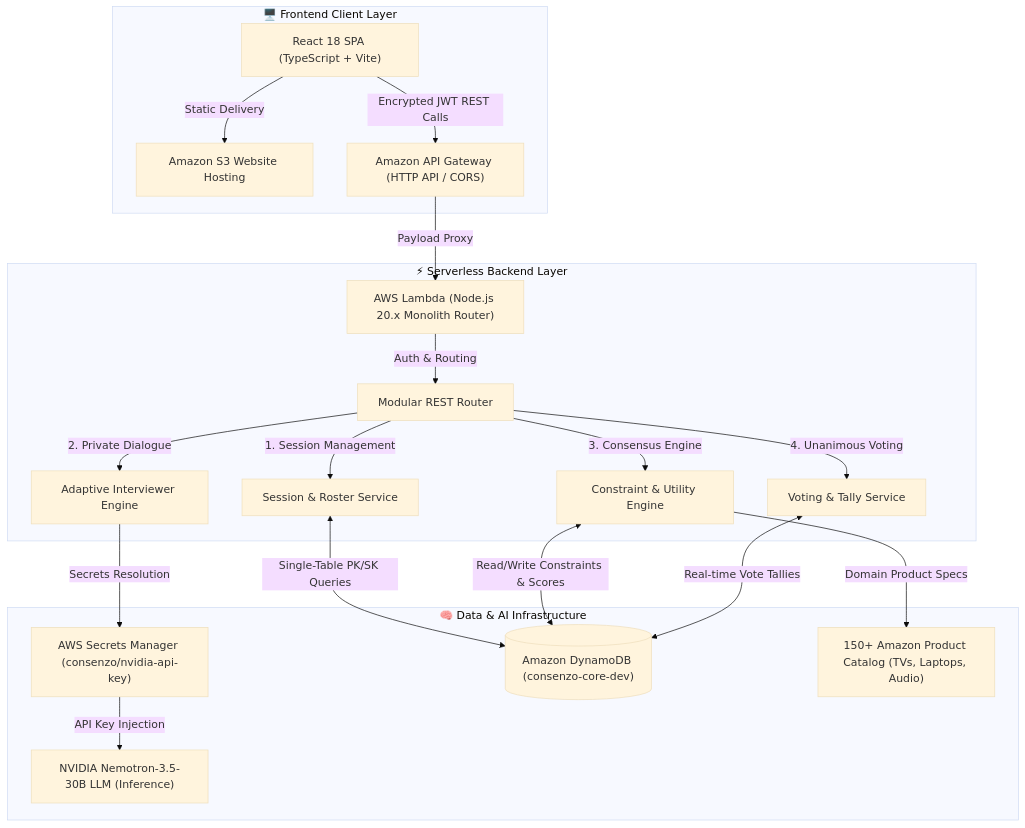
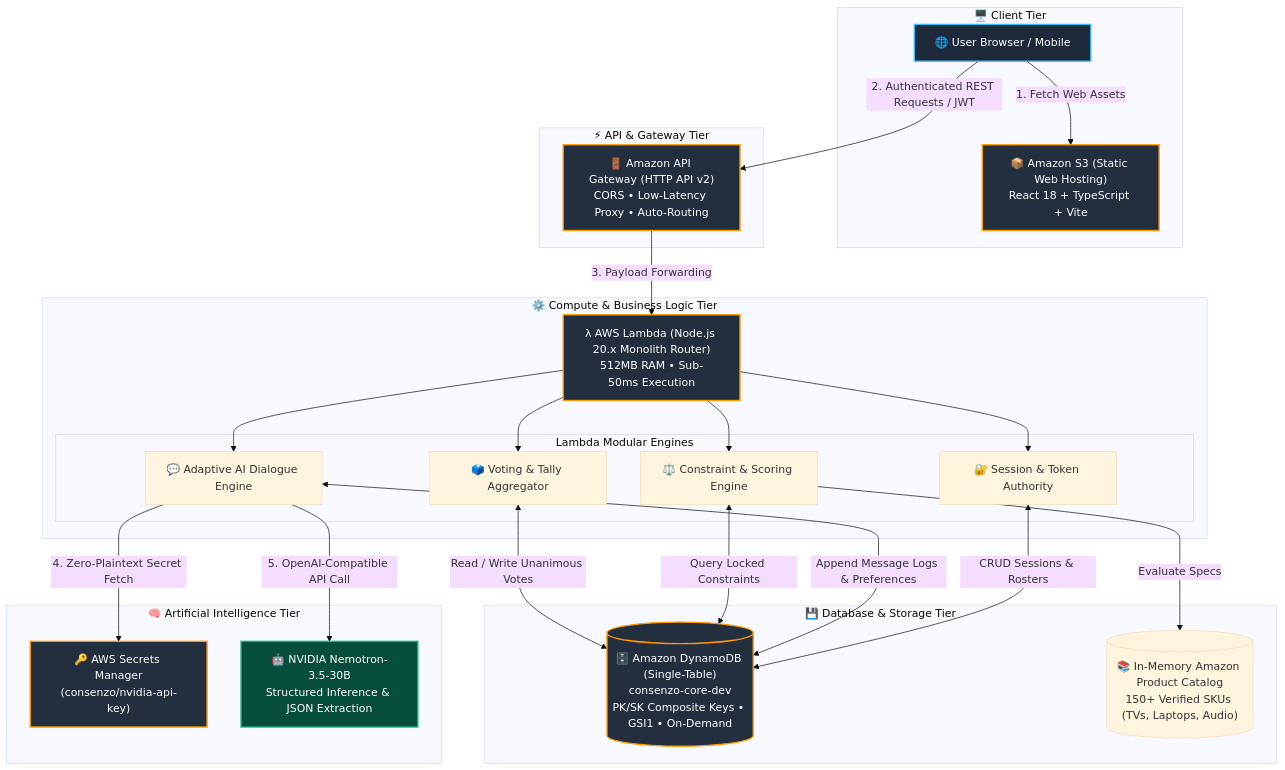
Before and after one commit to YuvanChaudary/Consenzo: the first of 2 diagrams in README.md, drawn with Mermaid (base theme). The commit also changed other lines of this file and 5 other files, not shown here.

Commit message:
docs: overhaul README with AWS serverless architecture diagrams and mathematical engine, sanitize config

````diff
--- a/README.md
+++ b/README.md
@@ -37,28 +96,55 @@
 ```mermaid
 flowchart TD
-    subgraph ClientLayer["🖥️ Frontend Client Layer"]
-        A["React 18 SPA (TypeScript + Vite)"] -->|Static Delivery| S3["Amazon S3 Website Hosting"]
-        A -->|Encrypted JWT REST Calls| APIGW["Amazon API Gateway (HTTP API / CORS)"]
+    subgraph Client["🖥️ Client Tier"]
+        User["🌐 User Browser / Mobile"]
+        S3["📦 Amazon S3 (Static Web Hosting)<br/>React 18 + TypeScript + Vite"]
+        User -->|1. Fetch Web Assets| S3
     end
 
-    subgraph ComputeLayer["⚡ Serverless Backend Layer"]
-        APIGW -->|Payload Proxy| Lambda["AWS Lambda (Node.js 20.x Monolith Router)"]
-        Lambda -->|Auth & Routing| Router["Modular REST Router"]
-        
-        Router -->|1. Session Management| SessionSvc["Session & Roster Service"]
-        Router -->|2. Private Dialogue| InterviewEngine["Adaptive Interviewer Engine"]
-        Router -->|3. Consensus Engine| AnalysisSvc["Constraint & Utility Engine"]
-        Router -->|4. Unanimous Voting| VotingSvc["Voting & Tally Service"]
+    subgraph Edge["⚡ API & Gateway Tier"]
+        APIGW["🚪 Amazon API Gateway (HTTP API v2)<br/>CORS • Low-Latency Proxy • Auto-Routing"]
+        User -->|2. Authenticated REST Requests / JWT| APIGW
     end
 
-    subgraph DataAILayer["🧠 Data & AI Infrastructure"]
-        InterviewEngine -->|Secrets Resolution| SecretsMgr["AWS Secrets Manager (consenzo/nvidia-api-key)"]
-        SecretsMgr -->|API Key Injection| NvidiaAI["NVIDIA Nemotron-3.5-30B LLM (Inference)"]
+    subgraph Compute["⚙️ Compute & Business Logic Tier"]
+        Lambda["λ AWS Lambda (Node.js 20.x Monolith Router)<br/>512MB RAM • Sub-50ms Execution"]
+        APIGW -->|3. Payload Forwarding| Lambda
         
-        SessionSvc <-->|Single-Table PK/SK Queries| DynamoDB[("Amazon DynamoDB (consenzo-core-dev)")]
-        AnalysisSvc <-->|Read/Write Constraints & Scores| DynamoDB
-        VotingSvc <-->|Real-time Vote Tallies| DynamoDB
+        subgraph InternalModules["Lambda Modular Engines"]
+            AuthMod["🔐 Session & Token Authority"]
+            ChatMod["💬 Adaptive AI Dialogue Engine"]
+            MathMod["⚖️ Constraint & Scoring Engine"]
+            VoteMod["🗳️ Voting & Tally Aggregator"]
+        end
+        Lambda --> AuthMod
+        Lambda --> ChatMod
+        Lambda --> MathMod
+        Lambda --> VoteMod
+    end
+
+    subgraph AI["🧠 Artificial Intelligence Tier"]
+        Secrets["🔑 AWS Secrets Manager<br/>(consenzo/nvidia-api-key)"]
+        Nvidia["🤖 NVIDIA Nemotron-3.5-30B<br/>Structured Inference & JSON Extraction"]
+        ChatMod -->|4. Zero-Plaintext Secret Fetch| Secrets
+        ChatMod -->|5. OpenAI-Compatible API Call| Nvidia
+    end
+
+    subgraph Persistence["💾 Database & Storage Tier"]
+        DynamoDB[("🗄️ Amazon DynamoDB (Single-Table)<br/>consenzo-core-dev<br/>PK/SK Composite Keys • GSI1 • On-Demand")]
+        Catalog[("📚 In-Memory Amazon Product Catalog<br/>150+ Verified SKUs (TVs, Laptops, Audio)")]
         
-        AnalysisSvc -->|Domain Product Specs| Catalog["150+ Amazon Product Catalog (TVs, Laptops, Audio)"]
+        AuthMod <-->|CRUD Sessions & Rosters| DynamoDB
+        ChatMod <-->|Append Message Logs & Preferences| DynamoDB
+        MathMod <-->|Query Locked Constraints| DynamoDB
+        MathMod -->|Evaluate Specs| Catalog
+        VoteMod <-->|Read / Write Unanimous Votes| DynamoDB
     end
+
+    classDef aws fill:#232F3E,stroke:#FF9900,stroke-width:2px,color:#FFFFFF;
+    classDef client fill:#1E293B,stroke:#38BDF8,stroke-width:2px,color:#FFFFFF;
+    classDef ai fill:#064E3B,stroke:#10B981,stroke-width:2px,color:#FFFFFF;
+    
+    class S3,APIGW,Lambda,Secrets,DynamoDB aws;
+    class User client;
+    class Nvidia ai;
 ```
````
